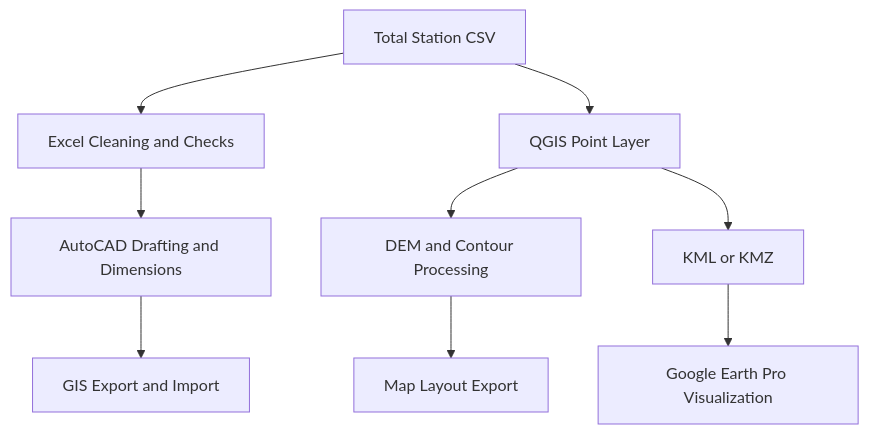
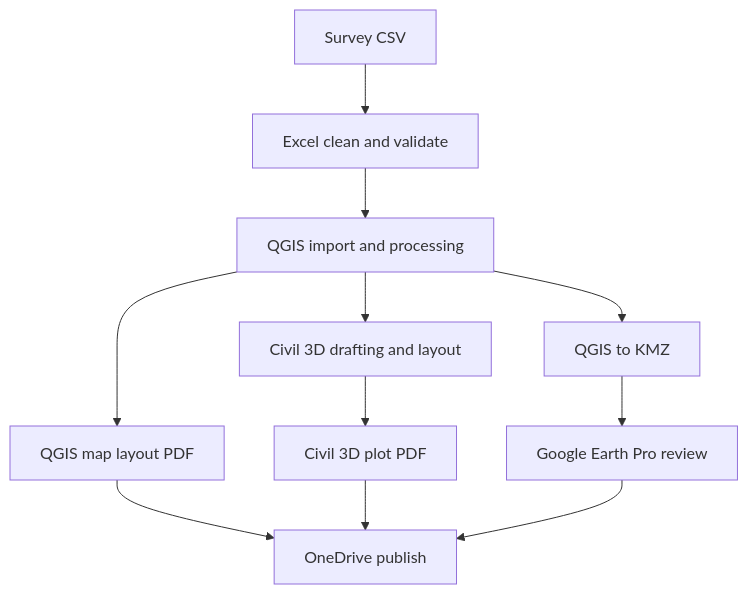
One commit to PrathamGitHub/Geo-CAD-Practical-Reference changed the diagram in docs/index.md. Above: the diagram before and after it, drawn with Mermaid. The commit also changed other lines of this file and 4 other files, not shown here.

````diff
--- a/docs/index.md
+++ b/docs/index.md
@@ -29,11 +44,13 @@
 ```mermaid
 flowchart TD
-		A[Total Station CSV] --> B[Excel Cleaning and Checks]
-		B --> C[AutoCAD Drafting and Dimensions]
-		A --> D[QGIS Point Layer]
-		D --> E[DEM and Contour Processing]
-		E --> F[Map Layout Export]
-		D --> G[KML or KMZ]
-		C --> H[GIS Export and Import]
-		G --> I[Google Earth Pro Visualization]
+    A[Survey CSV] --> B[Excel clean and validate]
+    B --> C[QGIS import and processing]
+    C --> D[Civil 3D drafting and layout]
+    C --> E[QGIS map layout PDF]
+    D --> F[Civil 3D plot PDF]
+    C --> G[QGIS to KMZ]
+    G --> H[Google Earth Pro review]
+    E --> I[OneDrive publish]
+    F --> I
+    H --> I
 ```
````
